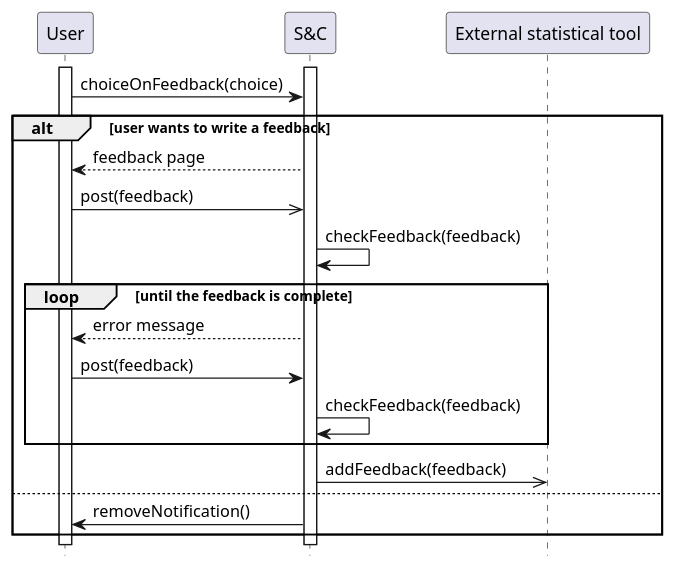
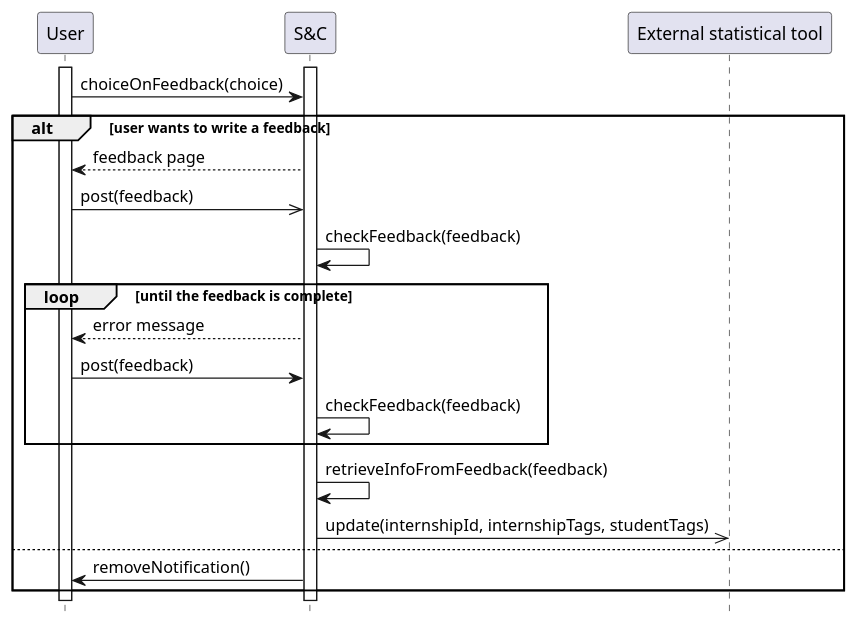
One commit to matti8702/R_and_DD_project_SE2 changed the diagram in RASD/Specific_requirements/uml_diagrams/UC26_diagram.puml. Above: the diagram before and after it, drawn with PlantUML. The commit also changed 1 other file, not shown here.

```diff
--- a/RASD/Specific_requirements/uml_diagrams/UC26_diagram.puml
+++ b/RASD/Specific_requirements/uml_diagrams/UC26_diagram.puml
@@ -1,25 +1,26 @@
 @startuml UC26_diagram
 hide footbox
 
 participant "User" AS U
 participant "S&C" AS S
 participant "External statistical tool" AS EXT
 
 activate U
 activate S
 
 U -> S : choiceOnFeedback(choice)
 alt user wants to write a feedback
     S --> U : feedback page
     U ->> S : post(feedback)
     S -> S : checkFeedback(feedback)
     loop until the feedback is complete
         S --> U : error message
         U -> S : post(feedback)
         S -> S : checkFeedback(feedback)
     end
-    S ->> EXT : addFeedback(feedback)
+    S -> S: retrieveInfoFromFeedback(feedback)
+    S ->> EXT : update(internshipId, internshipTags, studentTags)
 else 
     S -> U : removeNotification()
 end
 @enduml
```
